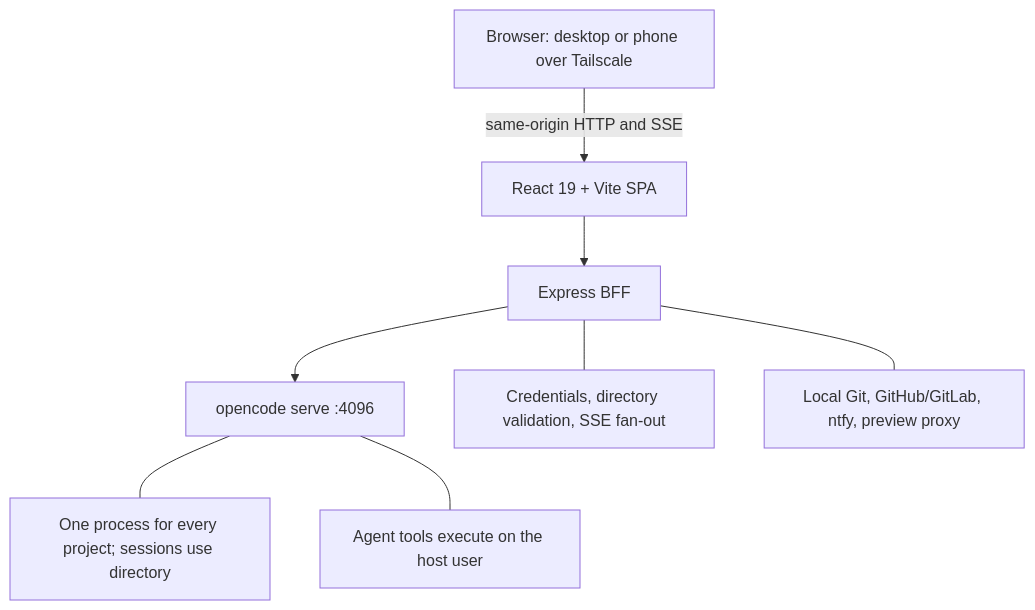
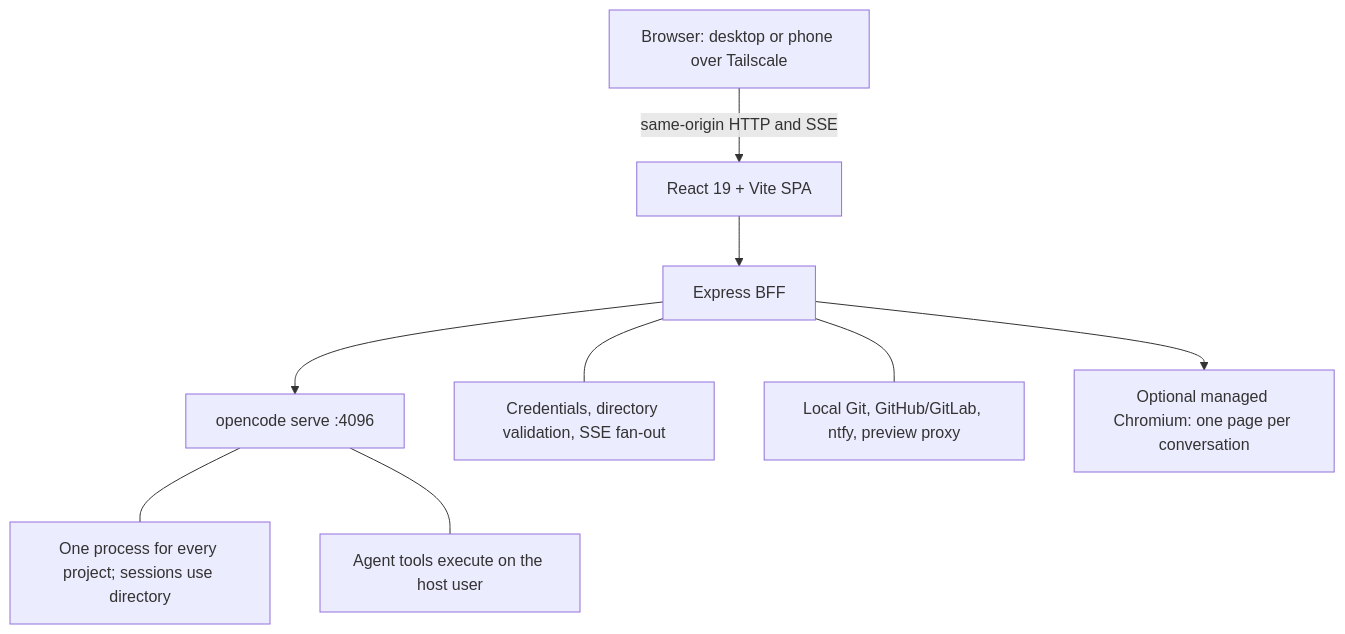
One commit to leoncheng57/dcaleon changed the diagram in docs/architecture.md. Above: the diagram before and after it, drawn with Mermaid. The commit also changed other lines of this file and 24 other files, not shown here.

````diff
--- a/docs/architecture.md
+++ b/docs/architecture.md
@@ -9,10 +9,11 @@
 ```mermaid
 flowchart TD
   Browser[Browser: desktop or phone over Tailscale] -->|same-origin HTTP and SSE| SPA[React 19 + Vite SPA]
   SPA --> BFF[Express BFF]
   BFF --> OpenCode[opencode serve :4096]
   BFF --- Boundary[Credentials, directory validation, SSE fan-out]
   BFF --- Integrations[Local Git, GitHub/GitLab, ntfy, preview proxy]
+  BFF --> ManagedBrowser[Optional managed Chromium: one page per conversation]
   OpenCode --- Sessions[One process for every project; sessions use directory]
   OpenCode --- Tools[Agent tools execute on the host user]
 ```
````
